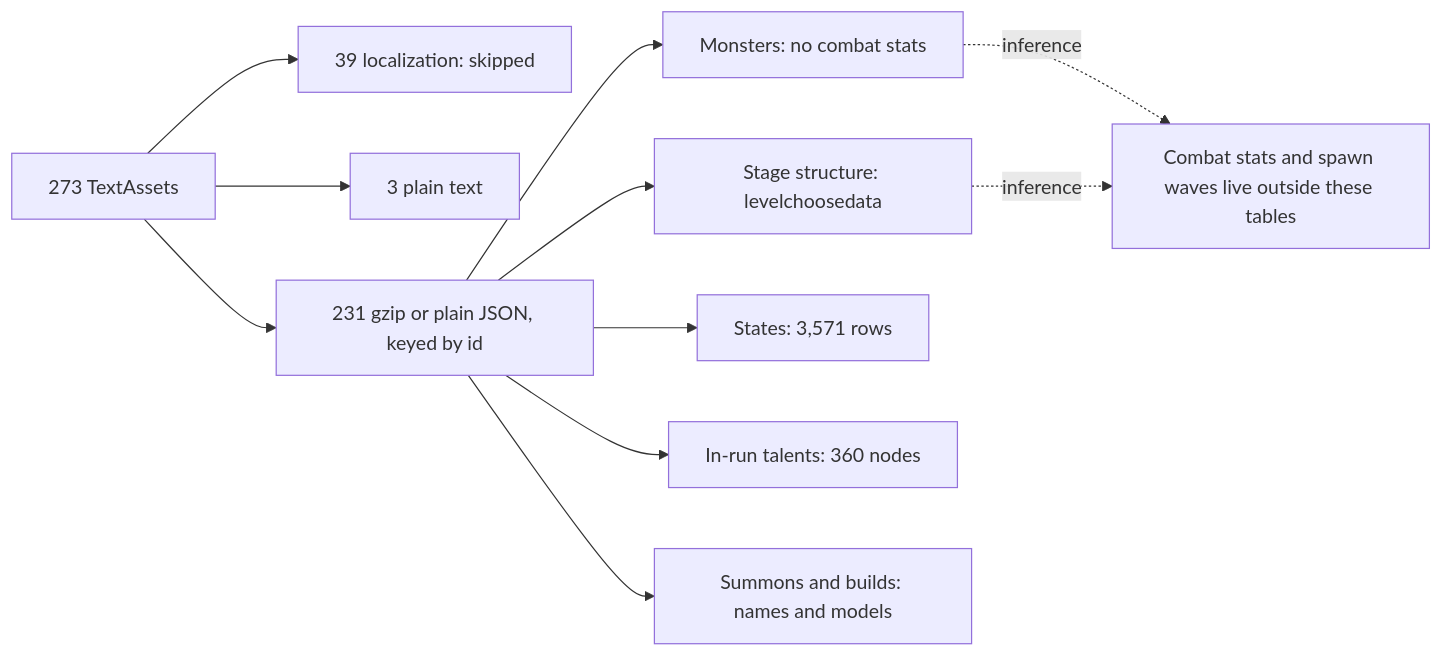
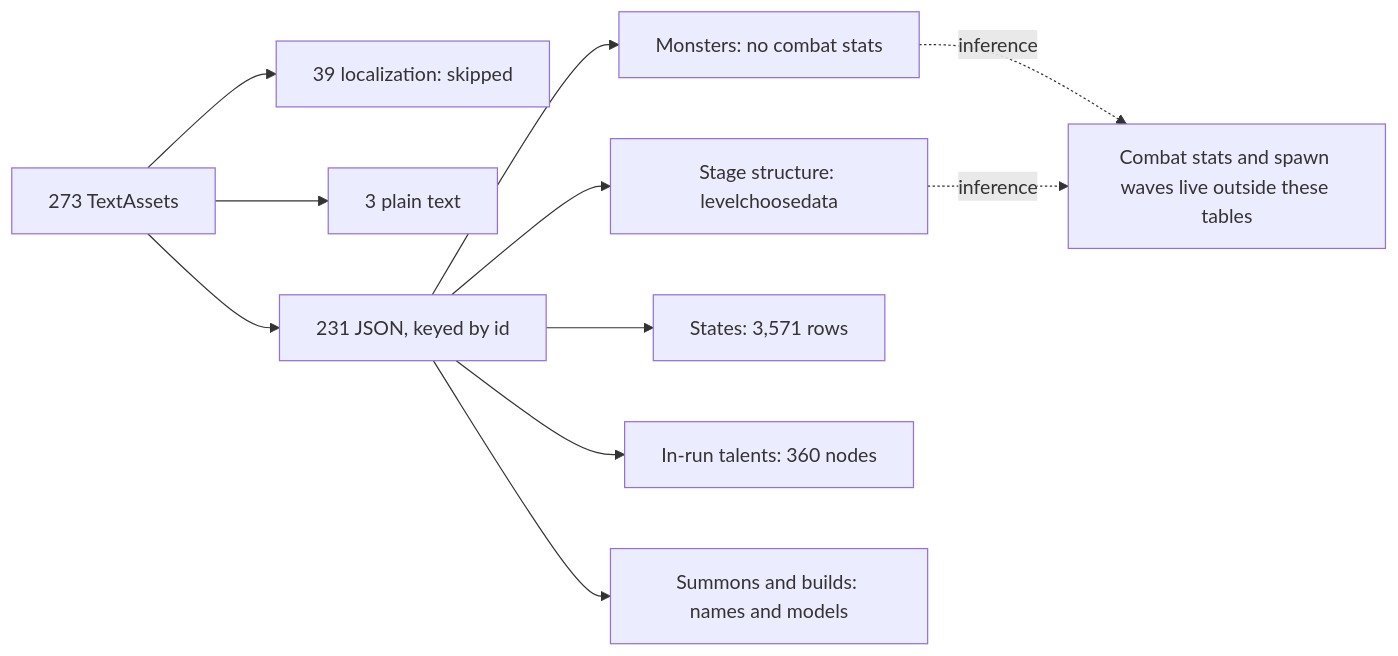
Before and after one commit to bananahana720/scrapkeep: the diagram in sketches/core-loop/design-v3/research/comps/gunfire/data-tables.md, drawn with Mermaid. The commit also changed other lines of this file and 10 other files, not shown here.

````diff
--- a/sketches/core-loop/design-v3/research/comps/gunfire/data-tables.md
+++ b/sketches/core-loop/design-v3/research/comps/gunfire/data-tables.md
@@ -9,13 +9,13 @@
 ```mermaid
 flowchart LR
   T[273 TextAssets] --> L[39 localization: skipped]
   T --> P[3 plain text]
-  T --> J[231 gzip or plain JSON, keyed by id]
+  T --> J[231 JSON, keyed by id]
   J --> M[Monsters: no combat stats]
   J --> S[Stage structure: levelchoosedata]
   J --> St[States: 3,571 rows]
   J --> Ta[In-run talents: 360 nodes]
   J --> Su[Summons and builds: names and models]
   M -.->|inference| N[Combat stats and spawn waves live outside these tables]
   S -.->|inference| N
 ```
````
